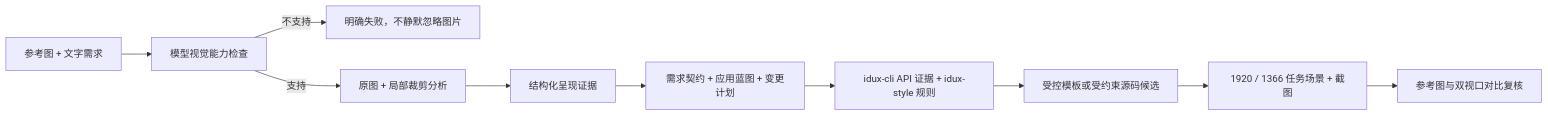
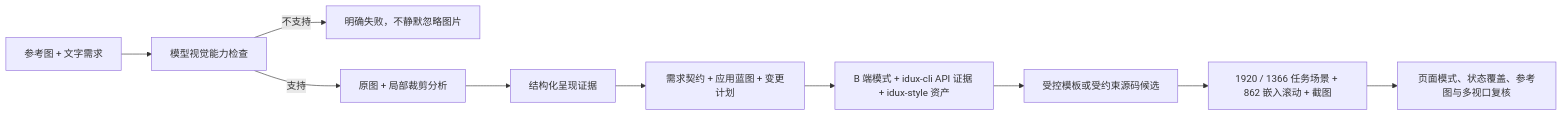
Before and after one commit to Jouryjc/ai-dashboard: the second of 2 diagrams in docs/multi-artifact-architecture.md, drawn with Mermaid. The commit also changed other lines of this file and 53 other files, not shown here.

````diff
--- a/docs/multi-artifact-architecture.md
+++ b/docs/multi-artifact-architecture.md
@@ -65,12 +68,12 @@
 ```mermaid
 flowchart LR
   I["参考图 + 文字需求"] --> C["模型视觉能力检查"]
   C -->|"不支持"| B["明确失败，不静默忽略图片"]
   C -->|"支持"| A["原图 + 局部裁剪分析"]
   A --> S["结构化呈现证据"]
   S --> P["需求契约 + 应用蓝图 + 变更计划"]
-  P --> E["idux-cli API 证据 + idux-style 规则"]
+  P --> E["B 端模式 + idux-cli API 证据 + idux-style 资产"]
   E --> G["受控模板或受约束源码候选"]
-  G --> V["1920 / 1366 任务场景 + 截图"]
-  V --> R["参考图与双视口对比复核"]
+  G --> V["1920 / 1366 任务场景 + 862 嵌入滚动 + 截图"]
+  V --> R["页面模式、状态覆盖、参考图与多视口复核"]
 ```
````
